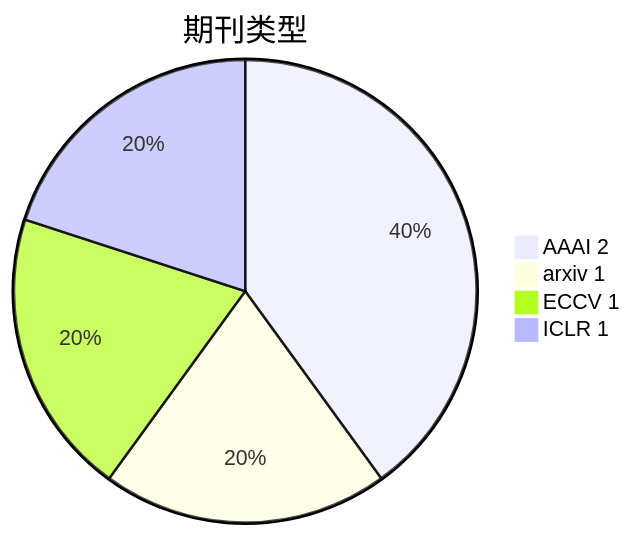
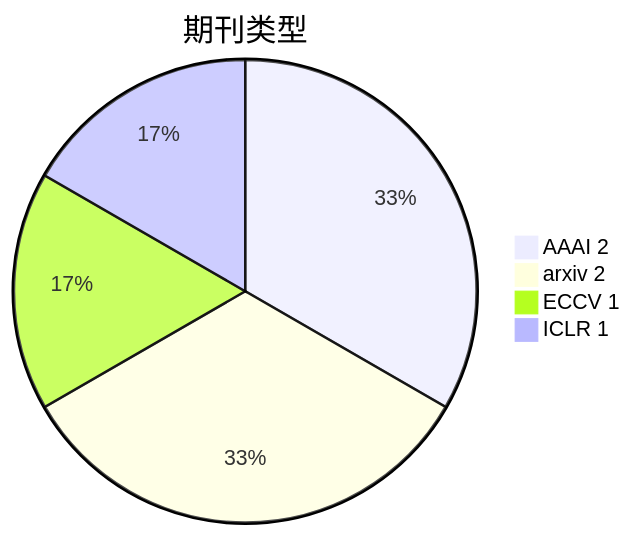
Before and after one commit to Elephant-King9/Paper: the second of 5 diagrams in Attack/Jailbreak/VLVM/analyse.md, drawn with Mermaid. The commit also changed other lines of this file and 5 other files, not shown here.

````diff
--- a/Attack/Jailbreak/VLVM/analyse.md
+++ b/Attack/Jailbreak/VLVM/analyse.md
@@ -25,7 +27,8 @@
 ```mermaid
 pie title 期刊类型
     "AAAI 2" : 2
-    "arxiv 1" : 1
+    "arxiv 2" : 2
     "ECCV 1" : 1
     "ICLR 1" : 1
+    
 ```
````
